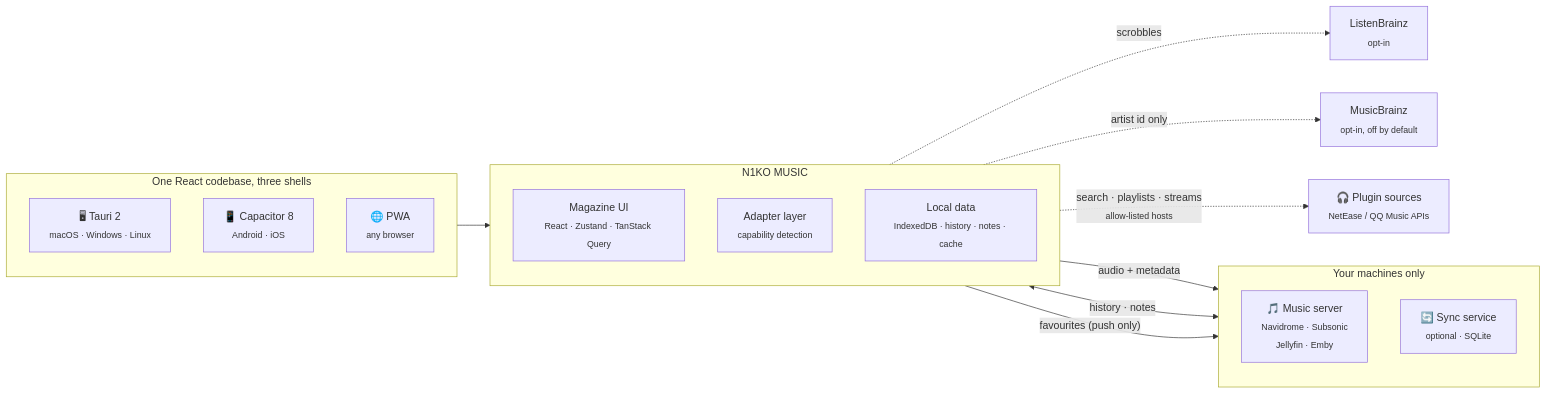
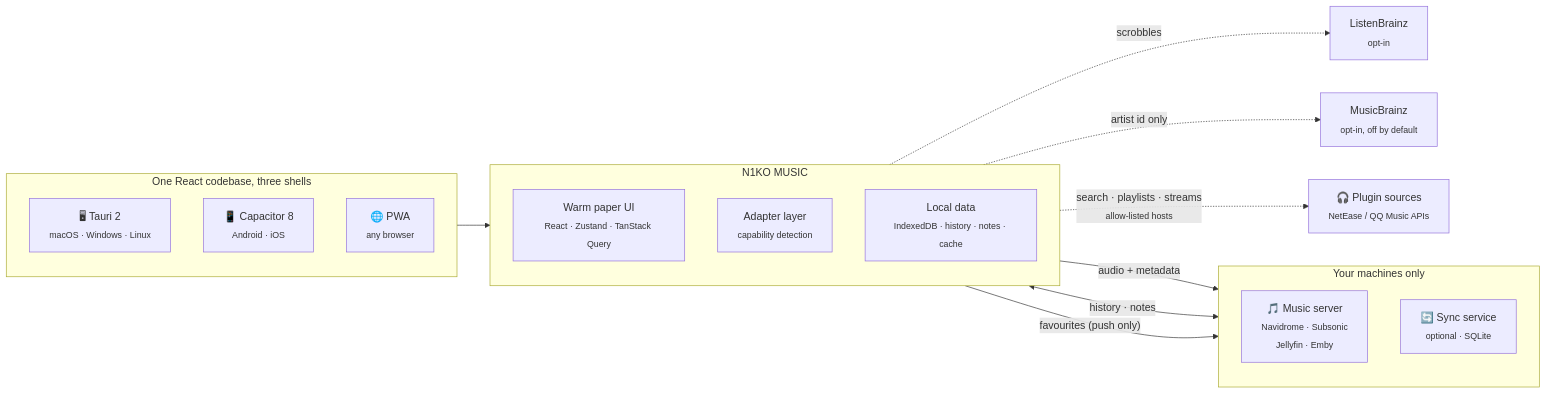
Before and after one commit to baogutang/N1KO-MUSIC: the diagram in README.md, drawn with Mermaid. The commit also changed other lines of this file and 46 other files, not shown here.

First line of the commit message:
docs: README 与官网改成 v5 暖纸——去掉三皮肤与吉祥物，重拍截图，加 iPad / iPhone Duo 一节

````diff
--- a/README.md
+++ b/README.md
@@ -284,34 +300,34 @@
 ```mermaid
 flowchart LR
     subgraph shells["One React codebase, three shells"]
         direction TB
         D["🖥 Tauri 2<br/><sub>macOS · Windows · Linux</sub>"]
         M["📱 Capacitor 8<br/><sub>Android · iOS</sub>"]
         W["🌐 PWA<br/><sub>any browser</sub>"]
     end
 
     subgraph app["N1KO MUSIC"]
         direction TB
-        UI["Magazine UI<br/><sub>React · Zustand · TanStack Query</sub>"]
+        UI["Warm paper UI<br/><sub>React · Zustand · TanStack Query</sub>"]
         AD["Adapter layer<br/><sub>capability detection</sub>"]
         LO["Local data<br/><sub>IndexedDB · history · notes · cache</sub>"]
     end
 
     subgraph yours["Your machines only"]
         direction TB
         S["🎵 Music server<br/><sub>Navidrome · Subsonic<br/>Jellyfin · Emby</sub>"]
         B["🔄 Sync service<br/><sub>optional · SQLite</sub>"]
     end
 
     shells --> app
     AD -->|"audio + metadata"| S
     LO <-->|"history · notes"| B
     LO -->|"favourites (push only)"| B
 
     LB["ListenBrainz<br/><sub>opt-in</sub>"]
     MB["MusicBrainz<br/><sub>opt-in, off by default</sub>"]
     P["🎧 Plugin sources<br/><sub>NetEase / QQ Music APIs</sub>"]
     LO -.->|"scrobbles"| LB
     AD -.->|"artist id only"| MB
     AD -.->|"search · playlists · streams<br/><sub>allow-listed hosts</sub>"| P
 ```
````
